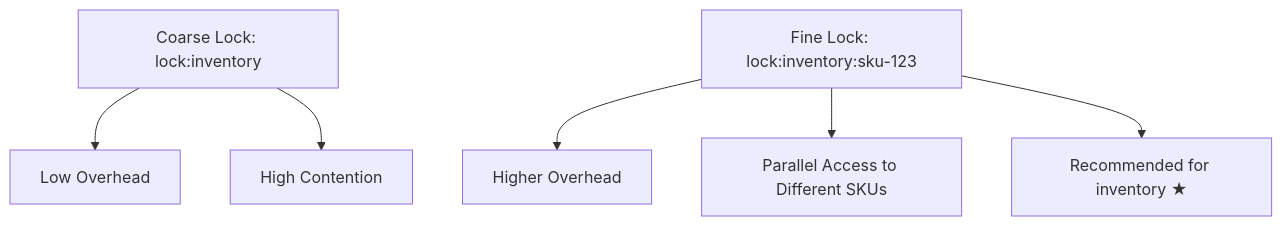
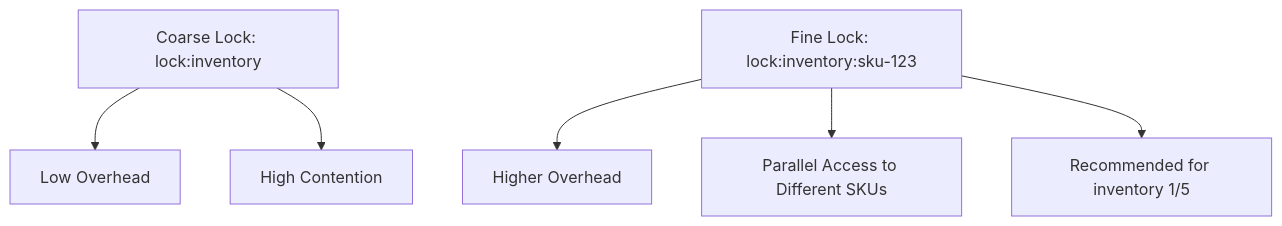
One commit to billywr/system-design changed diagram 17 of 18 in 06-platform-building-blocks/19-design-distributed-lock.md. Above: the diagram before and after it, drawn with Mermaid. The commit also changed other lines of this file and 39 other files, not shown here.

````diff
--- a/06-platform-building-blocks/19-design-distributed-lock.md
+++ b/06-platform-building-blocks/19-design-distributed-lock.md
@@ -719,10 +719,10 @@
 ```mermaid
 flowchart TD
     Coarse[Coarse Lock: lock:inventory] --> Low[Low Overhead]
     Coarse --> Contention[High Contention]
 
     Fine[Fine Lock: lock:inventory:sku-123] --> High2[Higher Overhead]
     Fine --> Parallel[Parallel Access to Different SKUs]
 
-    Fine --> Recommend[Recommended for inventory ★]
+    Fine --> Recommend[Recommended for inventory 1/5]
 ```
````
